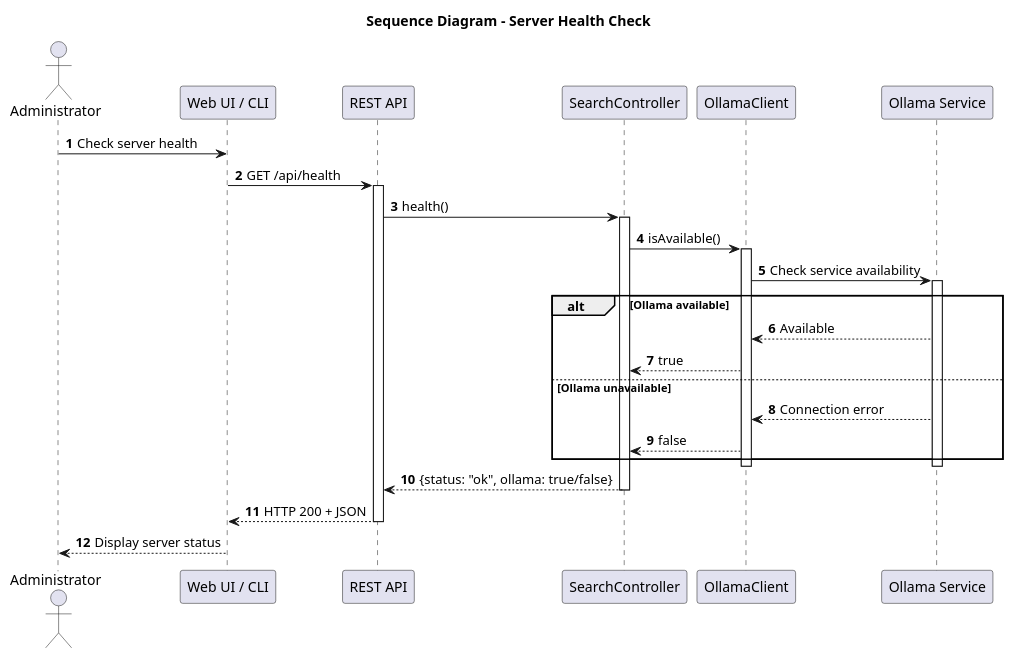
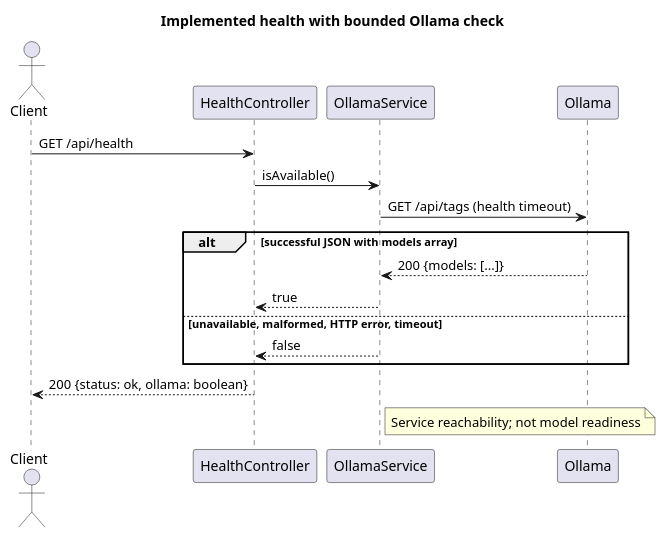
The diagram in diagrams/sequence_server_health_check.puml (bebroidrur/Coursework_Parallel_Computing), drawn with PlantUML before and after one commit. The commit also changed 153 other files, not shown here.

```diff
--- a/diagrams/sequence_server_health_check.puml
+++ b/diagrams/sequence_server_health_check.puml
@@ -1,45 +1,18 @@
 @startuml
-title Sequence Diagram - Server Health Check
-
-autonumber
-skinparam shadowing false
-
-actor Administrator
-participant "Web UI / CLI" as Client
-participant "REST API" as API
-participant "SearchController" as Controller
-participant "OllamaClient" as Ollama
-participant "Ollama Service" as LLM
-
-Administrator -> Client: Check server health
-Client -> API: GET /api/health
-activate API
-
-API -> Controller: health()
-activate Controller
-
-Controller -> Ollama: isAvailable()
-activate Ollama
-
-Ollama -> LLM: Check service availability
-activate LLM
-
-alt Ollama available
-    LLM --> Ollama: Available
-    Ollama --> Controller: true
-else Ollama unavailable
-    LLM --> Ollama: Connection error
-    Ollama --> Controller: false
+title Implemented health with bounded Ollama check
+actor Client
+participant HealthController
+participant OllamaService
+participant Ollama
+Client -> HealthController: GET /api/health
+HealthController -> OllamaService: isAvailable()
+OllamaService -> Ollama: GET /api/tags (health timeout)
+alt successful JSON with models array
+ Ollama --> OllamaService: 200 {models: [...]}
+ OllamaService --> HealthController: true
+else unavailable, malformed, HTTP error, timeout
+ OllamaService --> HealthController: false
 end
-
-deactivate LLM
-deactivate Ollama
-
-Controller --> API: {status: "ok", ollama: true/false}
-deactivate Controller
-
-API --> Client: HTTP 200 + JSON
-deactivate API
-
-Client --> Administrator: Display server status
+HealthController --> Client: 200 {status: ok, ollama: boolean}
+note right of OllamaService: Service reachability; not model readiness
 @enduml
```
